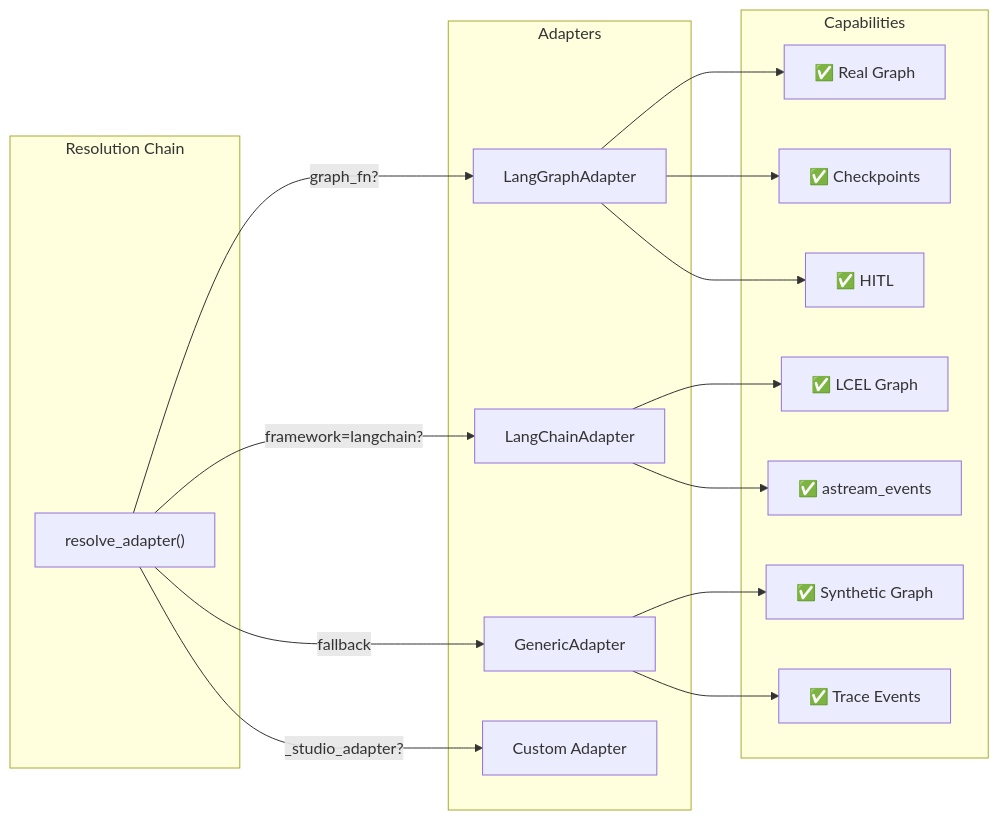
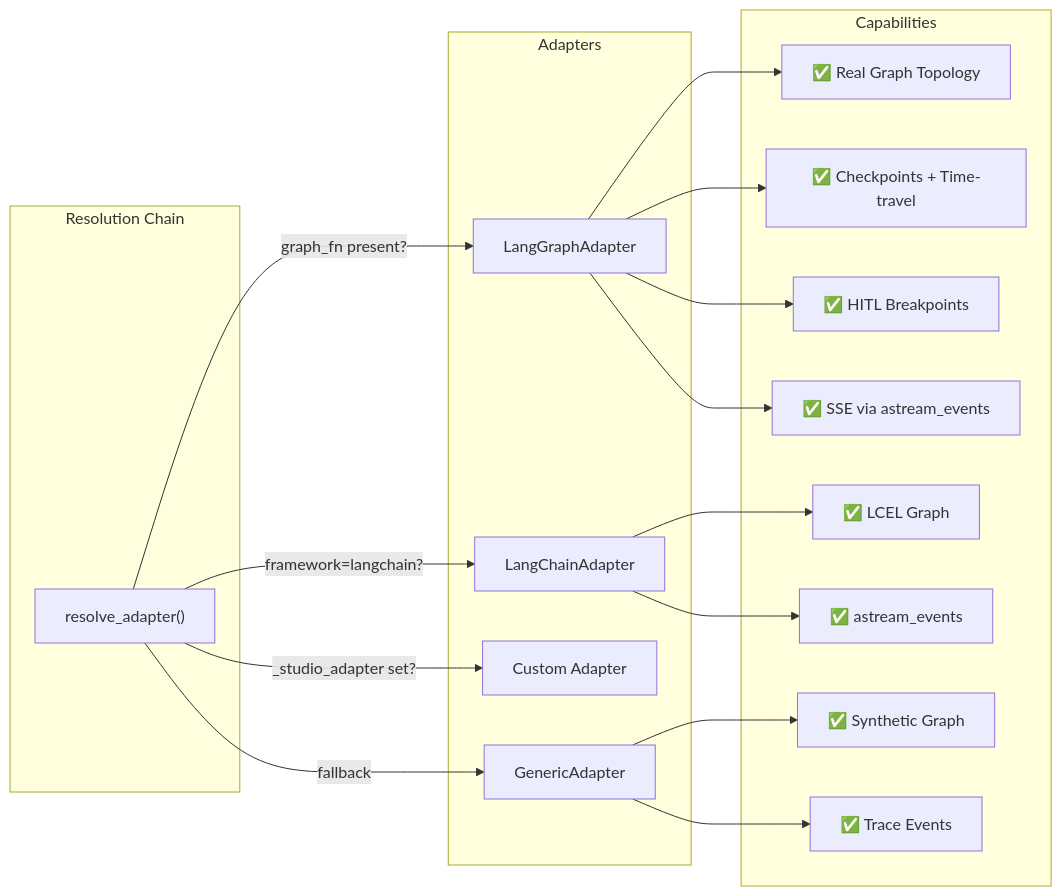
Before and after one commit to UnicoLab/agentomatic: the second of 8 diagrams in docs/architecture/overview.md, drawn with Mermaid. The commit also changed other lines of this file and 21 other files, not shown here.

````diff
--- a/docs/architecture/overview.md
+++ b/docs/architecture/overview.md
@@ -95,23 +170,24 @@
 ```mermaid
 graph LR
     subgraph "Resolution Chain"
         R["resolve_adapter()"]
     end
 
     subgraph "Adapters"
-        R -->|"graph_fn?"| LG["LangGraphAdapter"]
+        R -->|"graph_fn present?"| LG["LangGraphAdapter"]
         R -->|"framework=langchain?"| LC["LangChainAdapter"]
+        R -->|"_studio_adapter set?"| CU["Custom Adapter"]
         R -->|"fallback"| GN["GenericAdapter"]
-        R -->|"_studio_adapter?"| CU["Custom Adapter"]
     end
 
     subgraph "Capabilities"
-        LG --> G1["✅ Real Graph"]
-        LG --> G2["✅ Checkpoints"]
-        LG --> G3["✅ HITL"]
+        LG --> G1["✅ Real Graph Topology"]
+        LG --> G2["✅ Checkpoints + Time-travel"]
+        LG --> G3["✅ HITL Breakpoints"]
+        LG --> G4["✅ SSE via astream_events"]
         LC --> L1["✅ LCEL Graph"]
         LC --> L2["✅ astream_events"]
         GN --> N1["✅ Synthetic Graph"]
         GN --> N2["✅ Trace Events"]
     end
 ```
````
